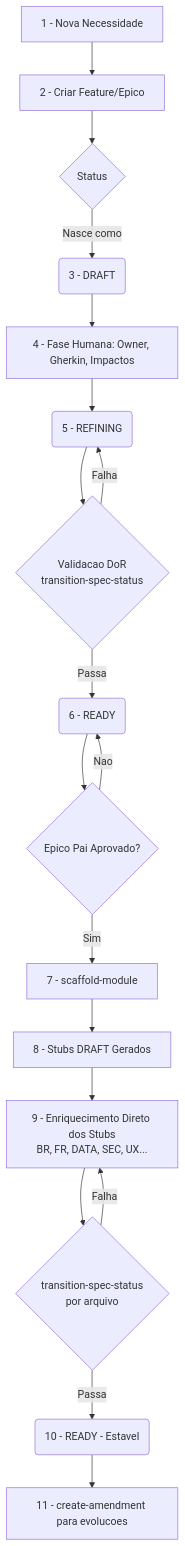
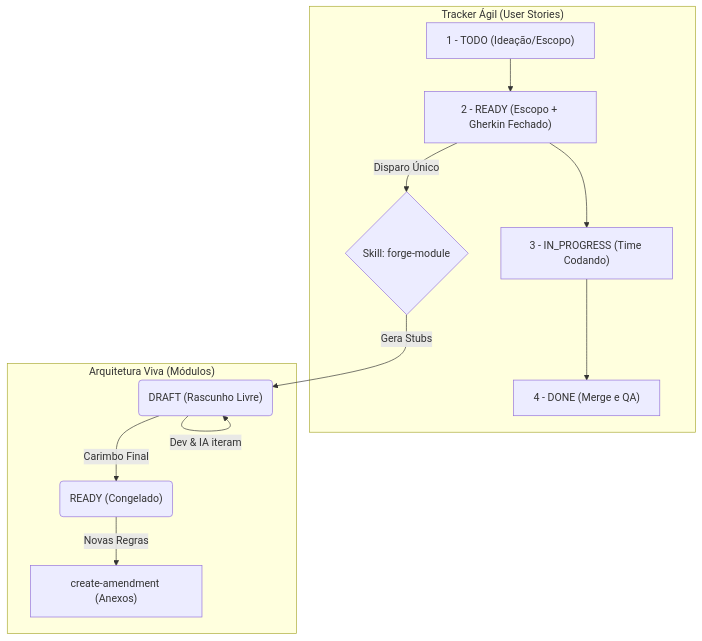
The diagram in docs/01_normativos/DOC-DEV-002_fluxo_agentes_e_governanca.md (sulivanti/easycf), drawn with Mermaid before and after one commit. The commit also changed other lines of this file and 87 other files, not shown here.

````diff
--- a/docs/01_normativos/DOC-DEV-002_fluxo_agentes_e_governanca.md
+++ b/docs/01_normativos/DOC-DEV-002_fluxo_agentes_e_governanca.md
@@ -15,20 +15,16 @@
 ```mermaid
 flowchart TD
-    A["1 - Nova Necessidade"] --> B["2 - Criar Feature/Epico"]
-    B --> C{Status}
-    C -->|Nasce como| D("3 - DRAFT")
-    D --> E["4 - Fase Humana: Owner, Gherkin, Impactos"]
-    E --> F("5 - REFINING")
-    F --> G{"Validacao DoR\ntransition-spec-status"}
-    G -->|Falha| F
-    G -->|Passa| H("6 - READY")
-    H --> I{"Epico Pai Aprovado?"}
-    I -->|Nao| H
-    I -->|Sim| J["7 - scaffold-module"]
-    J --> K["8 - Stubs DRAFT Gerados"]
-    K --> L["9 - Enriquecimento Direto dos Stubs\nBR, FR, DATA, SEC, UX..."]
-    L --> M{"transition-spec-status\npor arquivo"}
-    M -->|Falha| L
-    M -->|Passa| N("10 - READY - Estavel")
-    N --> O["11 - create-amendment para evolucoes"]
+    subgraph AGILE ["Tracker Ágil (User Stories)"]
+        A["1 - TODO (Ideação/Escopo)"] --> B["2 - READY (Escopo + Gherkin Fechado)"]
+        B -->|Disparo Único| C{"Skill: forge-module"}
+        B --> D["3 - IN_PROGRESS (Time Codando)"]
+        D --> E["4 - DONE (Merge e QA)"]
+    end
+
+    subgraph ARQ ["Arquitetura Viva (Módulos)"]
+        C -->|Gera Stubs| F("DRAFT (Rascunho Livre)")
+        F -->|Dev & IA iteram| F
+        F -->|Carimbo Final| G("READY (Congelado)")
+        G -->|Novas Regras| H["create-amendment (Anexos)"]
+    end
 ```
````
